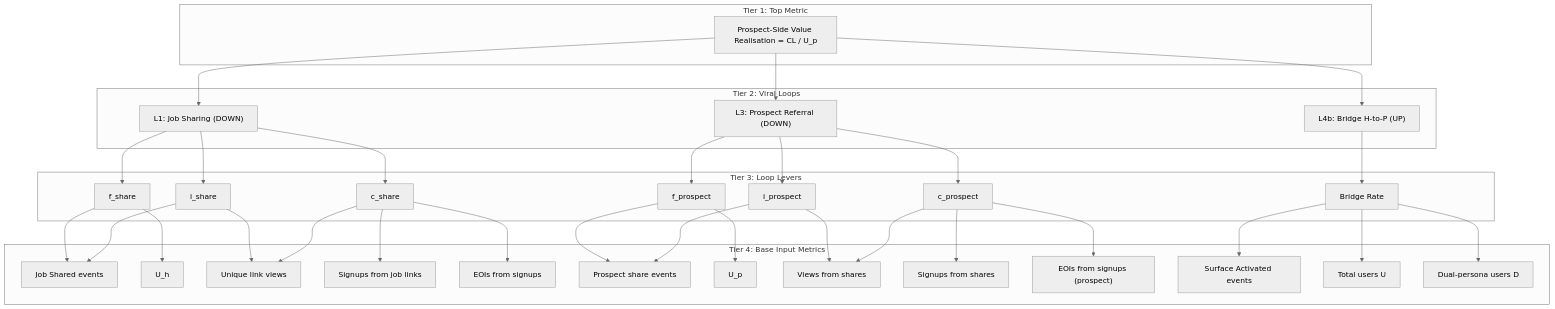
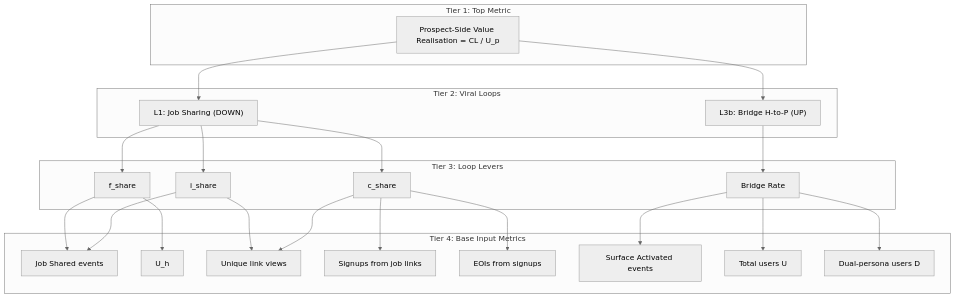
One commit to Zipstorm/jobpilot-presentation changed diagram 12 of 14 in presentations/helix-nms-detailed/slides_act3_act4.md. Above: the diagram before and after it, drawn with Mermaid (neutral theme). The commit also changed other lines of this file and 10 other files, not shown here.

````diff
--- a/presentations/helix-nms-detailed/slides_act3_act4.md
+++ b/presentations/helix-nms-detailed/slides_act3_act4.md
@@ -702,70 +580,49 @@
 ```mermaid
 graph TD
     subgraph tier1 ["Tier 1: Top Metric"]
         ACT["Prospect-Side Value Realisation = CL / U_p"]
     end
 
     subgraph tier2 ["Tier 2: Viral Loops"]
         L1["L1: Job Sharing (DOWN)"]
-        L3["L3: Prospect Referral (DOWN)"]
-        L4b["L4b: Bridge H-to-P (UP)"]
+        L3b["L3b: Bridge H-to-P (UP)"]
     end
 
     subgraph tier3 ["Tier 3: Loop Levers"]
         f1["f_share"]
         i1["i_share"]
         c1["c_share"]
-        f3["f_prospect"]
-        i3["i_prospect"]
-        c3["c_prospect"]
         BR["Bridge Rate"]
     end
 
     subgraph tier4 ["Tier 4: Base Input Metrics"]
         bf1a["Job Shared events"]
         bf1b["U_h"]
         bi1a["Unique link views"]
         bc1a["Signups from job links"]
         bc1c["EOIs from signups"]
-        bf3a["Prospect share events"]
-        bf3b["U_p"]
-        bi3a["Views from shares"]
-        bc3a["Signups from shares"]
-        bc3c["EOIs from signups (prospect)"]
         bBR1["Surface Activated events"]
         bBR2["Total users U"]
         bBR3["Dual-persona users D"]
     end
 
     ACT --> L1
-    ACT --> L3
-    ACT --> L4b
+    ACT --> L3b
 
     L1 --> f1
     L1 --> i1
     L1 --> c1
-    L3 --> f3
-    L3 --> i3
-    L3 --> c3
-    L4b --> BR
+    L3b --> BR
 
     f1 --> bf1a
     f1 --> bf1b
     i1 --> bi1a
     i1 --> bf1a
     c1 --> bc1a
     c1 --> bi1a
     c1 --> bc1c
 
-    f3 --> bf3a
-    f3 --> bf3b
-    i3 --> bi3a
-    i3 --> bf3a
-    c3 --> bc3a
-    c3 --> bi3a
-    c3 --> bc3c
-
     BR --> bBR1
     BR --> bBR2
     BR --> bBR3
 ```
````
